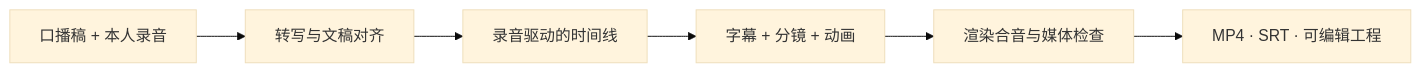
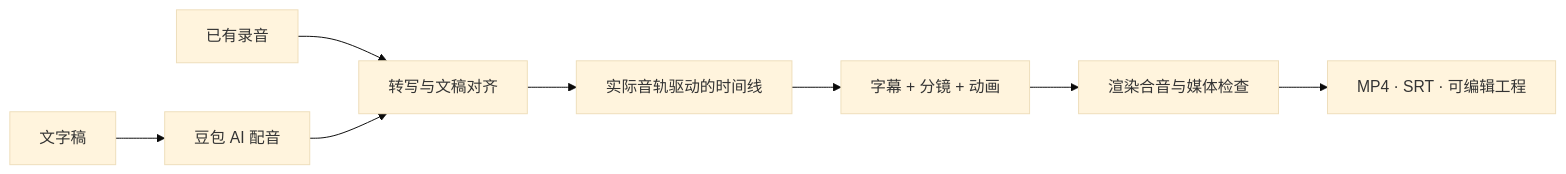
The second of 2 diagrams in README.md (Chris-haha/chris-skills), drawn with Mermaid (base theme) before and after one commit. The commit also changed other lines of this file and 50 other files, not shown here.

````diff
--- a/README.md
+++ b/README.md
@@ -176,8 +182,10 @@
 ```mermaid
 flowchart LR
-    A[口播稿 + 本人录音] --> B[转写与文稿对齐]
-    B --> C[录音驱动的时间线]
+    A[文字稿] --> T[豆包 AI 配音]
+    R[已有录音] --> B[转写与文稿对齐]
+    T --> B
+    B --> C[实际音轨驱动的时间线]
     C --> D[字幕 + 分镜 + 动画]
     D --> E[渲染合音与媒体检查]
     E --> F[MP4 · SRT · 可编辑工程]
 ```
````
